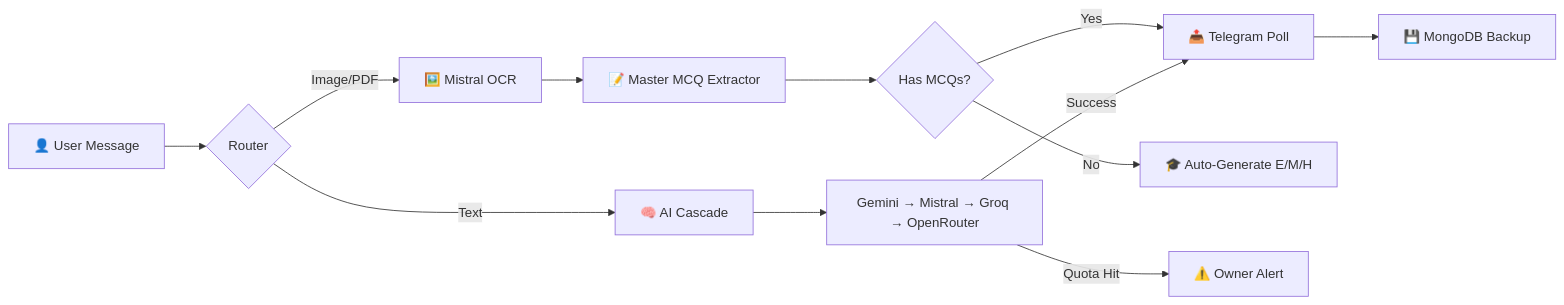
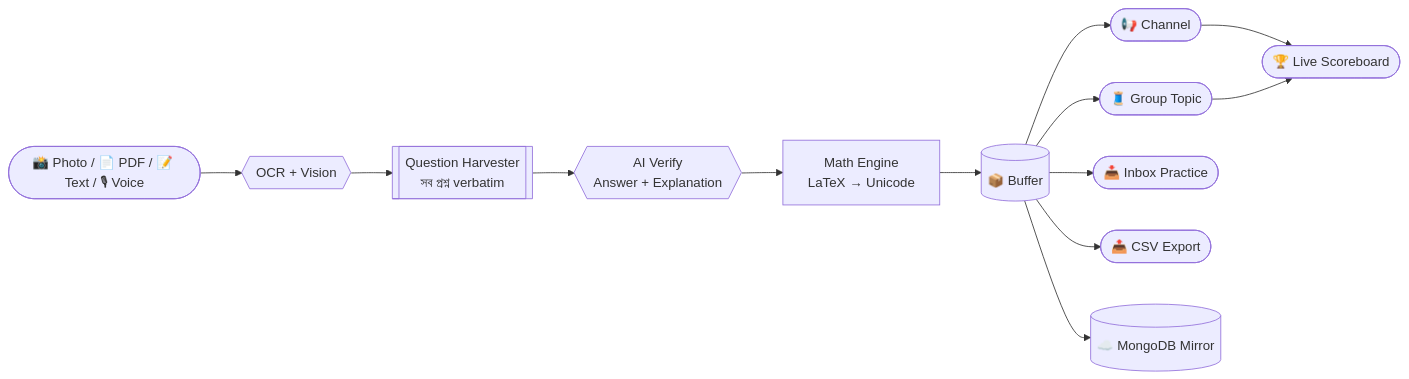
One commit to mhx2n/qubix-quiz-master changed the diagram in README.md. Above: the diagram before and after it, drawn with Mermaid. The commit also changed other lines of this file, not shown here.

````diff
--- a/README.md
+++ b/README.md
@@ -214,14 +50,14 @@
 ```mermaid
 flowchart LR
-    A[👤 User Message] --> B{Router}
-    B -->|Image/PDF| C[🖼️ Mistral OCR]
-    B -->|Text| D[🧠 AI Cascade]
-    C --> E[📝 Master MCQ Extractor]
-    E --> F{Has MCQs?}
-    F -->|Yes| G[📤 Telegram Poll]
-    F -->|No| H[🎓 Auto-Generate E/M/H]
-    D --> I[Gemini → Mistral → Groq → OpenRouter]
-    I -->|Quota Hit| J[⚠️ Owner Alert]
-    I -->|Success| G
-    G --> K[💾 MongoDB Backup]
+  A([📸 Photo / 📄 PDF / 📝 Text / 🎙 Voice]) --> B{{OCR + Vision}}
+  B --> C[[Question Harvester<br/>সব প্রশ্ন verbatim]]
+  C --> D{{AI Verify<br/>Answer + Explanation}}
+  D --> E[Math Engine<br/>LaTeX → Unicode]
+  E --> F[(📦 Buffer)]
+  F --> G([📢 Channel])
+  F --> H([🧵 Group Topic])
+  F --> I([📥 Inbox Practice])
+  F --> J([📤 CSV Export])
+  G & H --> K([🏆 Live Scoreboard])
+  F --> L[(☁️ MongoDB Mirror)]
 ```
````
